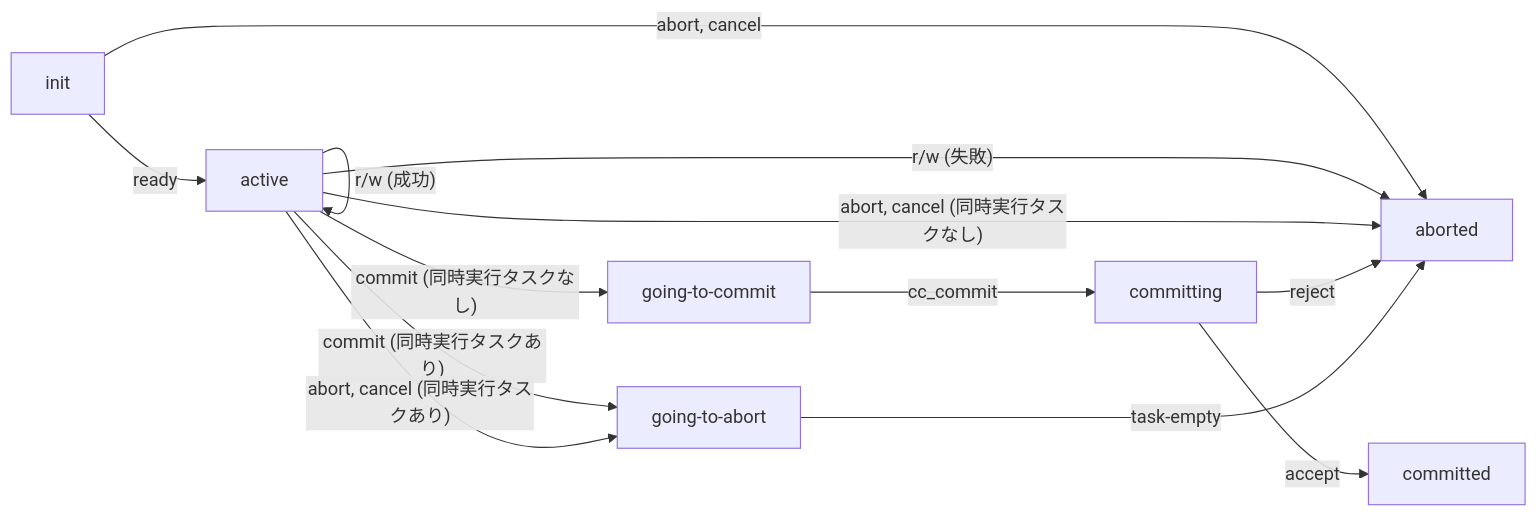
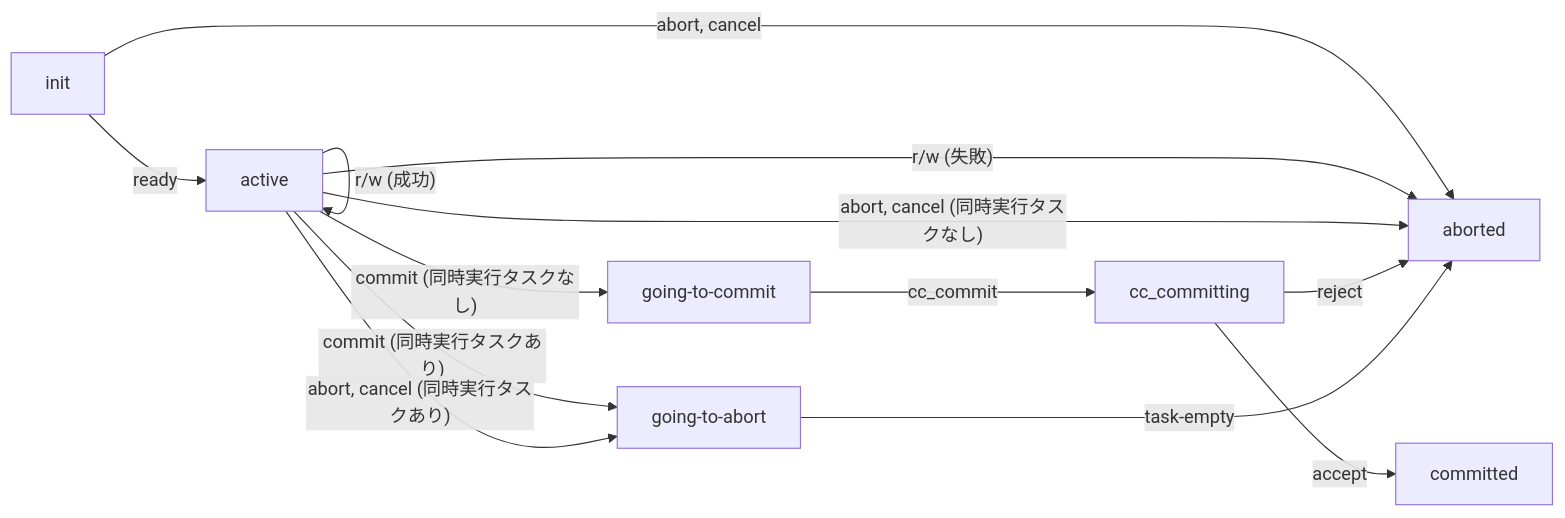
One commit to project-tsurugi/jogasaki changed the diagram in docs/internal/tx-state.md. Above: the diagram before and after it, drawn with Mermaid. The commit also changed other lines of this file, not shown here.

````diff
--- a/docs/internal/tx-state.md
+++ b/docs/internal/tx-state.md
@@ -79,15 +77,15 @@
 ```mermaid
 graph LR
   init -- ready --> active
   init -- "abort, cancel" --> aborted
   active -- r/w (成功) --> active
   active -- r/w (失敗) --> aborted
   active -- "commit (同時実行タスクなし)" --> going-to-commit
   active -- "commit (同時実行タスクあり)" --> going-to-abort
   active -- "abort, cancel (同時実行タスクなし)" --> aborted
   active -- "abort, cancel (同時実行タスクあり)" --> going-to-abort
-  going-to-commit -- cc_commit --> committing
-  committing -- accept --> committed
-  committing -- reject --> aborted
+  going-to-commit -- cc_commit --> cc_committing
+  cc_committing -- accept --> committed
+  cc_committing -- reject --> aborted
   going-to-abort -- "task-empty" --> aborted
 ```
````
